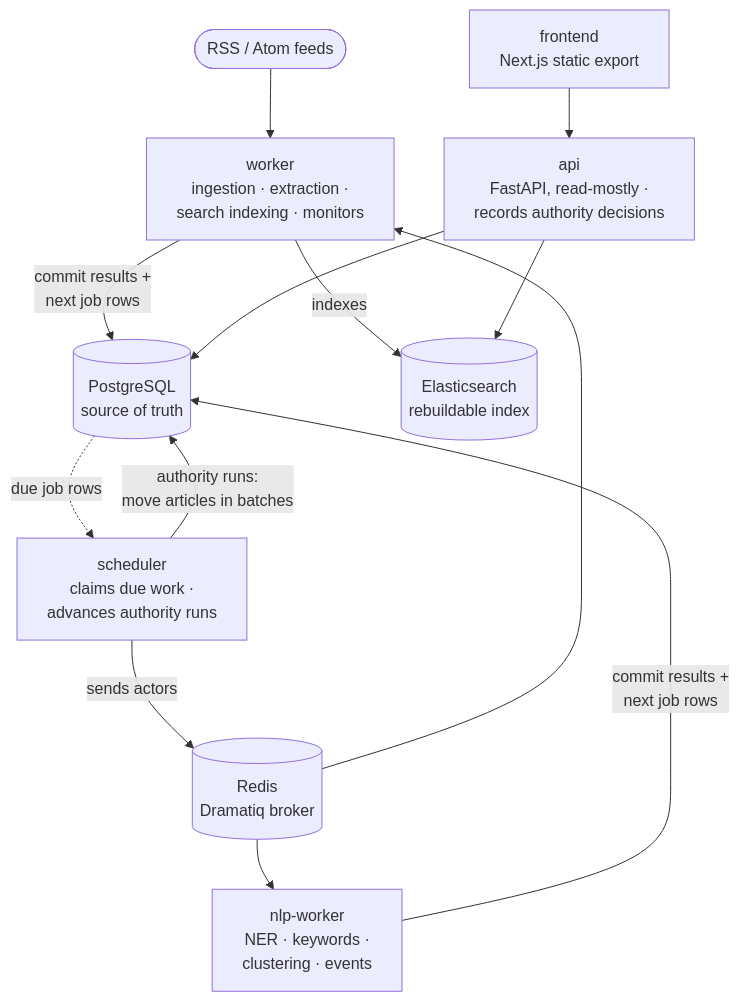
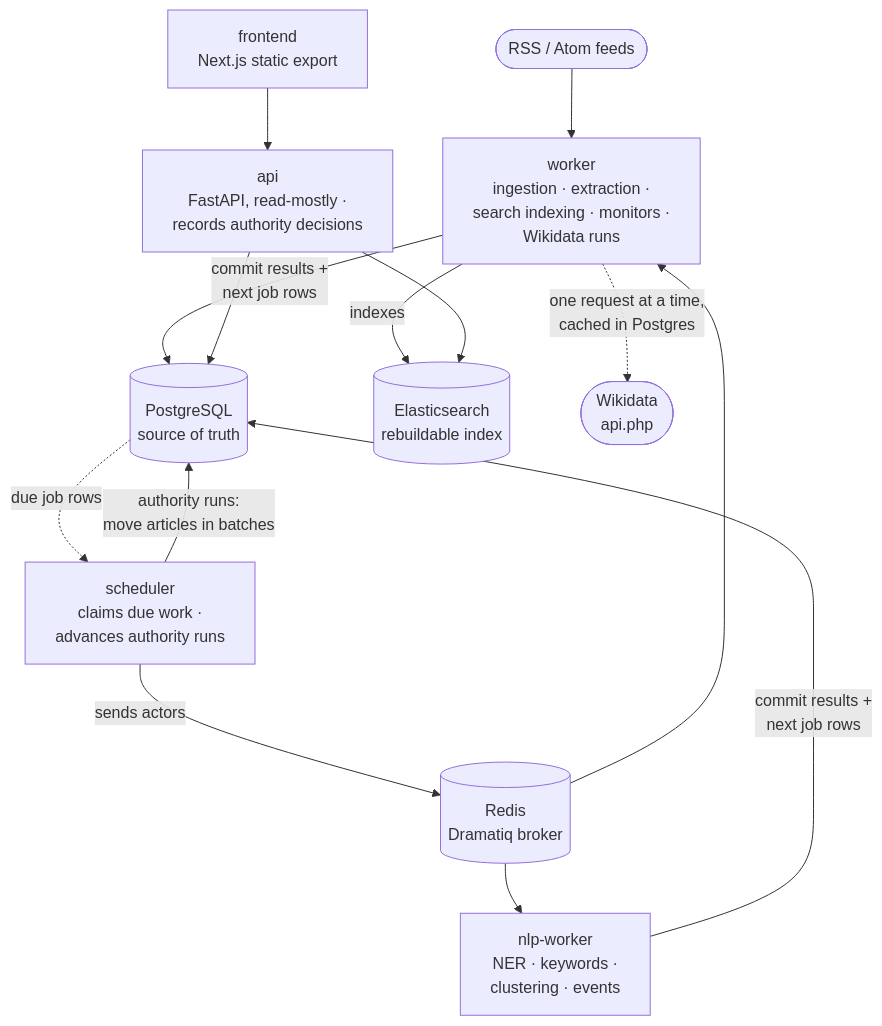
One commit to itheCreator1/newsintel changed the first of 2 diagrams in README.md. Above: the diagram before and after it, drawn with Mermaid. The commit also changed other lines of this file, not shown here.

First line of the commit message:
docs(readme): Wikidata links and the Processes page

````diff
--- a/README.md
+++ b/README.md
@@ -66,22 +66,24 @@
 ```mermaid
 flowchart TB
     feeds(["RSS / Atom feeds"])
     scheduler["scheduler<br/>claims due work ·<br/>advances authority runs"]
     redis[("Redis<br/>Dramatiq broker")]
-    worker["worker<br/>ingestion · extraction ·<br/>search indexing · monitors"]
+    worker["worker<br/>ingestion · extraction ·<br/>search indexing · monitors ·<br/>Wikidata runs"]
     nlp["nlp-worker<br/>NER · keywords ·<br/>clustering · events"]
     pg[("PostgreSQL<br/>source of truth")]
     es[("Elasticsearch<br/>rebuildable index")]
     api["api<br/>FastAPI, read-mostly ·<br/>records authority decisions"]
     frontend["frontend<br/>Next.js static export"]
+    wikidata(["Wikidata<br/>api.php"])
 
     scheduler -- "sends actors" --> redis
     redis --> worker & nlp
     feeds --> worker
+    worker -. "one request at a time,<br/>cached in Postgres" .-> wikidata
     worker & nlp -- "commit results +<br/>next job rows" --> pg
     worker -- "indexes" --> es
     pg -. "due job rows" .-> scheduler
     scheduler -- "authority runs:<br/>move articles in batches" --> pg
     frontend --> api
     api --> pg & es
 ```
````
